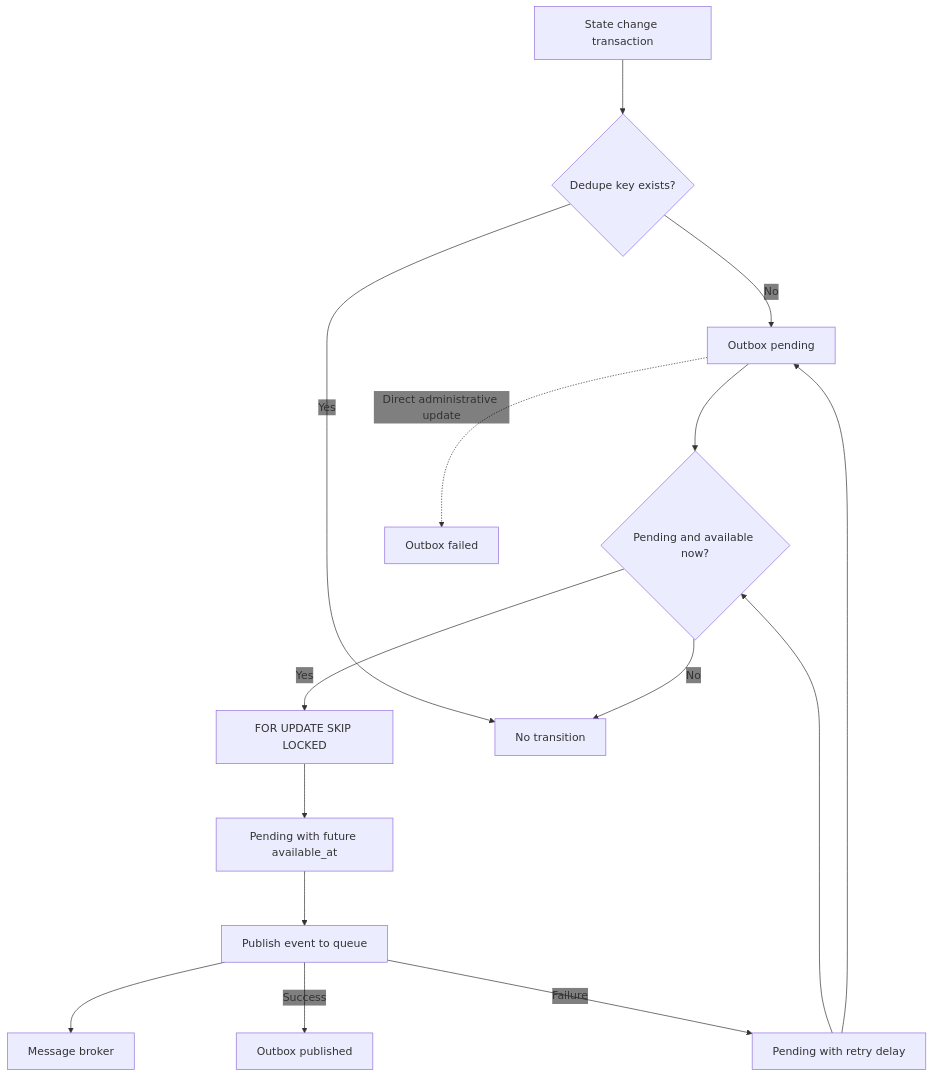
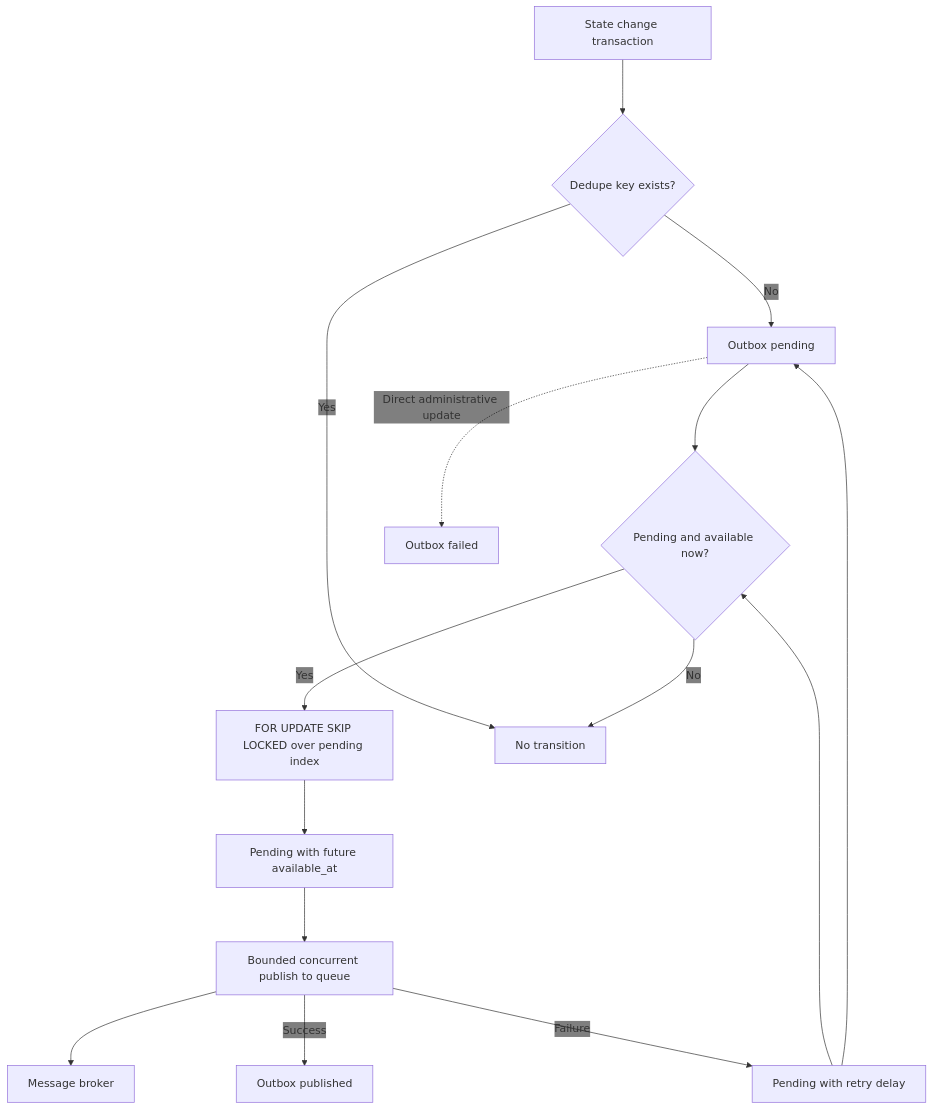
One commit to gregl83/agent-vigilo changed the diagram in web/docs/architecture/state/outbox-lifecycle/diagram.mmd. Above: the diagram before and after it, drawn with Mermaid. The commit also changed 15 other files, not shown here.

```diff
--- a/web/docs/architecture/state/outbox-lifecycle/diagram.mmd
+++ b/web/docs/architecture/state/outbox-lifecycle/diagram.mmd
@@ -1,44 +1,44 @@
 ---
 config:
   flowchart:
     nodeSpacing: 150
     rankSpacing: 80
   themeVariables:
     edgeLabelBackground: 'transparent'
 ---
 flowchart TD
     StateChange[State change transaction]
     Pending[Outbox pending]
     Dedupe{Dedupe key exists?}
     Ready{Pending and available now?}
-    Claim[FOR UPDATE SKIP LOCKED]
+    Claim[FOR UPDATE SKIP LOCKED over pending index]
     Leased[Pending with future available_at]
-    Publish[Publish event to queue]
+    Publish[Bounded concurrent publish to queue]
     Published[Outbox published]
     Retry[Pending with retry delay]
     Failed[Outbox failed]
     Noop[No transition]
     Queue[Message broker]
 
     StateChange --> Dedupe
     Dedupe -- No --> Pending
     Dedupe -- Yes --> Noop
 
     Pending --> Ready
     Retry --> Ready
 
     Ready -- Yes --> Claim --> Leased --> Publish --> Queue
     Ready -- No --> Noop
 
     Publish -- Success --> Published
     Publish -- Failure --> Retry
     Retry --> Pending
 
     Pending -. Direct administrative update .-> Failed
 
     class StateChange command
     class Pending,Dedupe,Ready,Claim,Leased,Publish,Retry system
     class Published success
     class Failed error
     class Noop component
     class Queue external
```
